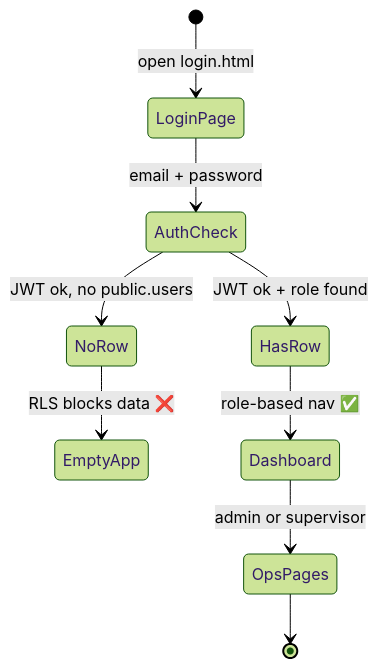
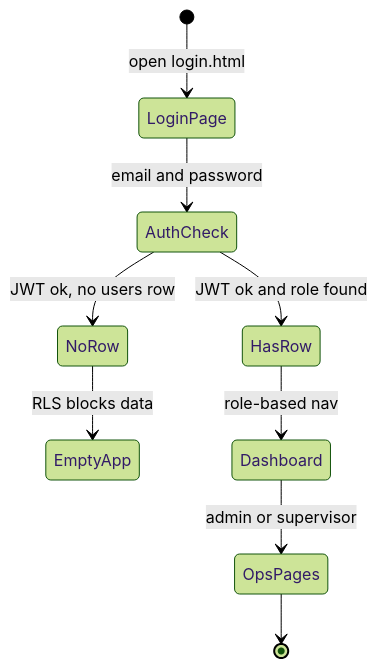
Before and after one commit to fnsventures/petrolpump: the third of 7 diagrams in docs/README.md, drawn with Mermaid (forest theme). The commit also changed other lines of this file and 3 other files, not shown here.

````diff
--- a/docs/README.md
+++ b/docs/README.md
@@ -227,11 +217,11 @@
 ```mermaid
 stateDiagram-v2
   [*] --> LoginPage: open login.html
-  LoginPage --> AuthCheck: email + password
-  AuthCheck --> NoRow: JWT ok, no public.users
-  AuthCheck --> HasRow: JWT ok + role found
-  NoRow --> EmptyApp: RLS blocks data ❌
-  HasRow --> Dashboard: role-based nav ✅
+  LoginPage --> AuthCheck: email and password
+  AuthCheck --> NoRow: JWT ok, no users row
+  AuthCheck --> HasRow: JWT ok and role found
+  NoRow --> EmptyApp: RLS blocks data
+  HasRow --> Dashboard: role-based nav
   Dashboard --> OpsPages: admin or supervisor
   OpsPages --> [*]
 ```
````
